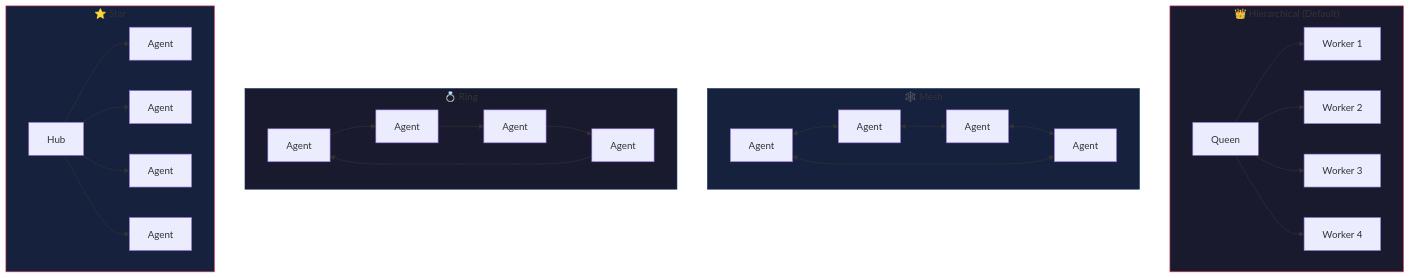
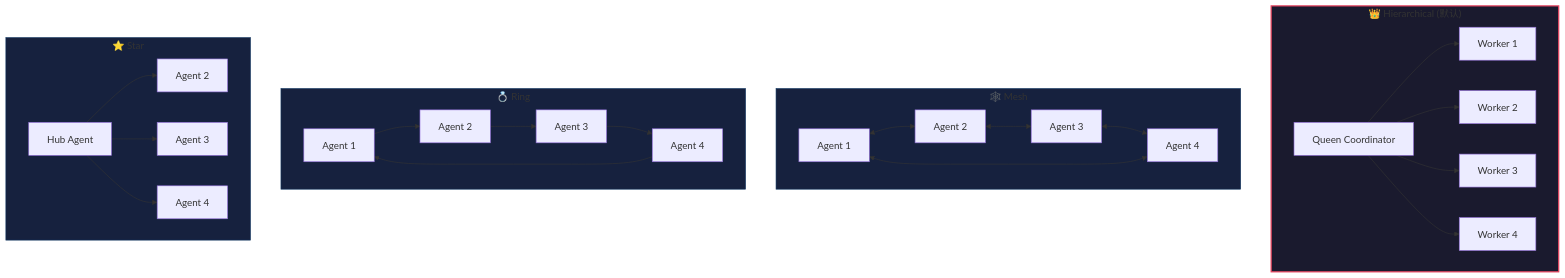
Before and after one commit to qq654436/TianShu-Agent-Deep-Dive: the sixth of 10 diagrams in diagrams/prey_010_architecture.md, drawn with Mermaid. The commit also changed other lines of this file and 5 other files, not shown here.

````diff
--- a/diagrams/prey_010_architecture.md
+++ b/diagrams/prey_010_architecture.md
@@ -267,35 +313,38 @@
 ```mermaid
 flowchart TB
-    subgraph Hierarchical["👑 Hierarchical (Default)"]
-        Q1[Queen] --> W1[Worker 1]
-        Q1 --> W2[Worker 2]
-        Q1 --> W3[Worker 3]
-        Q1 --> W4[Worker 4]
+    subgraph Hierarchical["👑 Hierarchical (默认)"]
+        Q1[Queen Coordinator]
+        W1[Worker 1]
+        W2[Worker 2]
+        W3[Worker 3]
+        W4[Worker 4]
+        Q1 --> W1 & W2 & W3 & W4
     end
 
     subgraph Mesh["🕸️ Mesh"]
-        M1[Agent] <--> M2[Agent]
-        M2 <--> M3[Agent]
-        M3 <--> M4[Agent]
+        M1[Agent 1] <--> M2[Agent 2]
+        M2 <--> M3[Agent 3]
+        M3 <--> M4[Agent 4]
         M4 <--> M1
     end
 
     subgraph Ring["💍 Ring"]
-        R1[Agent] --> R2[Agent]
-        R2 --> R3[Agent]
-        R3 --> R4[Agent]
+        R1[Agent 1] --> R2[Agent 2]
+        R2 --> R3[Agent 3]
+        R3 --> R4[Agent 4]
         R4 --> R1
     end
 
     subgraph Star["⭐ Star"]
-        S1[Hub] --> S2[Agent]
-        S1 --> S3[Agent]
-        S1 --> S4[Agent]
-        S1 --> S5[Agent]
+        S1[Hub Agent]
+        S2[Agent 2]
+        S3[Agent 3]
+        S4[Agent 4]
+        S1 --> S2 & S3 & S4
     end
 
-    style Hierarchical fill:#1a1a2e,stroke:#e94560
+    style Hierarchical fill:#1a1a2e,stroke:#e94560,stroke-width:2px
     style Mesh fill:#16213e,stroke:#0f3460
-    style Ring fill:#1a1a2e,stroke:#0f3460
-    style Star fill:#16213e,stroke:#e94560
+    style Ring fill:#16213e,stroke:#0f3460
+    style Star fill:#16213e,stroke:#0f3460
 ```
````
